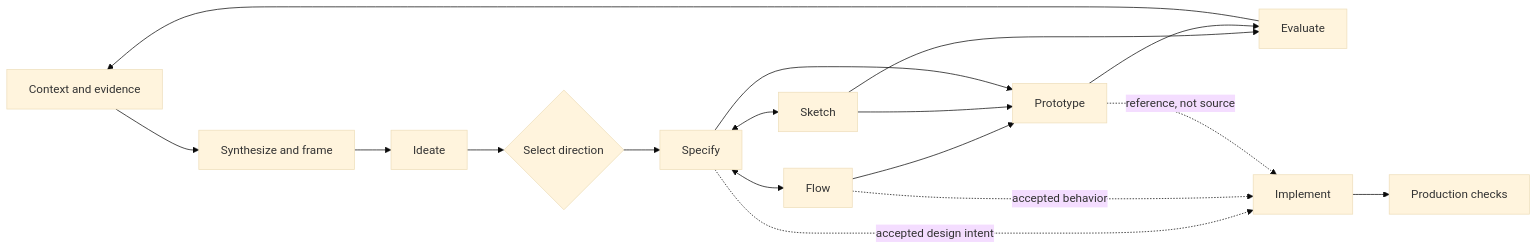
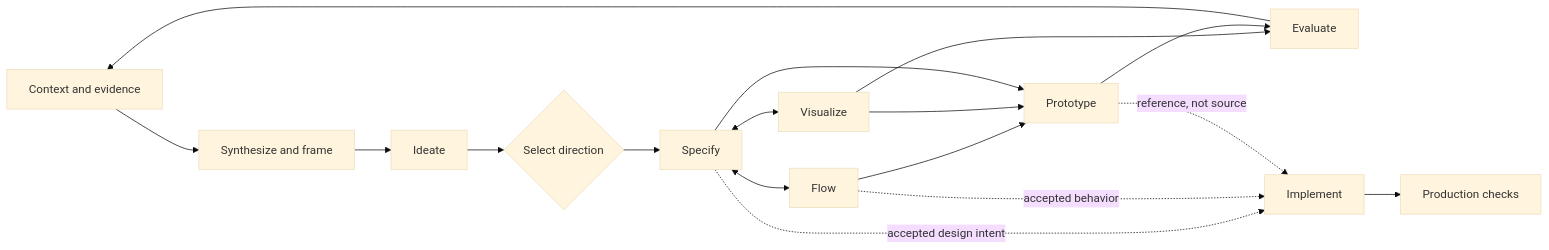
The diagram in docs/agentic-design-workflows.md (thejparsenault/silver-design-framework), drawn with Mermaid (base theme) before and after one commit. The commit also changed other lines of this file and 87 other files, not shown here.

````diff
--- a/docs/agentic-design-workflows.md
+++ b/docs/agentic-design-workflows.md
@@ -20,19 +20,19 @@
 ```mermaid
 flowchart LR
     C["Context and evidence"] --> S["Synthesize and frame"]
     S --> I["Ideate"]
     I --> D{"Select direction"}
     D --> P["Specify"]
     P <--> F["Flow"]
-    P <--> K["Sketch"]
+    P <--> K["Visualize"]
     F --> R["Prototype"]
     K --> R
     P --> R
     K --> E["Evaluate"]
     R --> E
     E --> C
     P -. "accepted design intent" .-> M["Implement"]
     F -. "accepted behavior" .-> M
     R -. "reference, not source" .-> M
     M --> Q["Production checks"]
 ```
````
